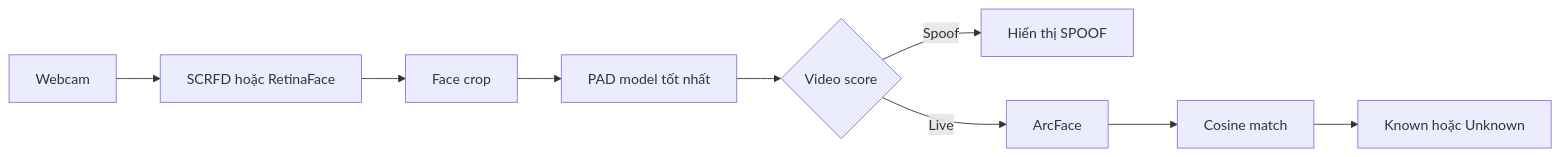
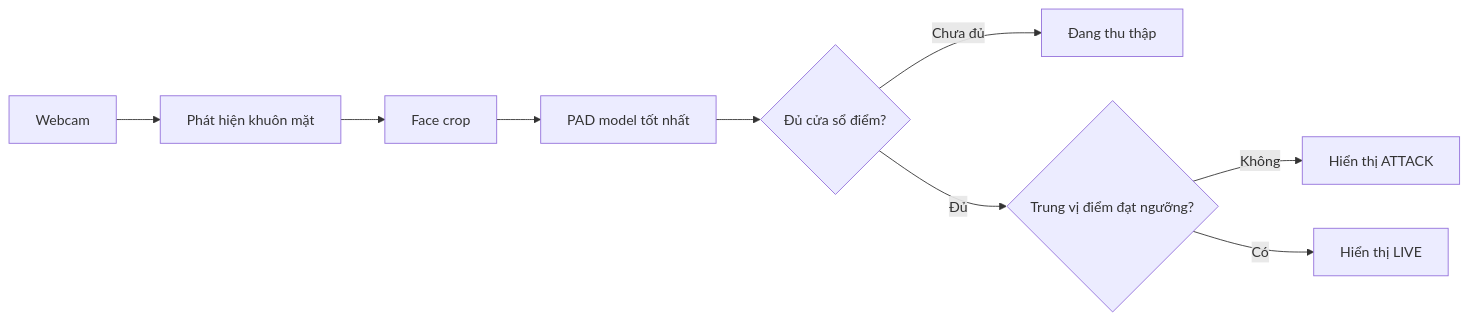
The second of 2 diagrams in DAC_TA_HE_THONG_NHAN_DIEN_KHUON_MAT_PAD_DEPTH_MAP.md (Violetta147/face-recognition-depth-pad), drawn with Mermaid before and after one commit. The commit also changed other lines of this file and 6 other files, not shown here.

````diff
--- a/DAC_TA_HE_THONG_NHAN_DIEN_KHUON_MAT_PAD_DEPTH_MAP.md
+++ b/DAC_TA_HE_THONG_NHAN_DIEN_KHUON_MAT_PAD_DEPTH_MAP.md
@@ -481,11 +481,11 @@
 ```mermaid
 flowchart LR
-    A[Webcam] --> B[SCRFD hoặc RetinaFace]
+    A[Webcam] --> B[Phát hiện khuôn mặt]
     B --> C[Face crop]
     C --> D[PAD model tốt nhất]
-    D --> E{Video score}
-    E -->|Spoof| F[Hiển thị SPOOF]
-    E -->|Live| G[ArcFace]
-    G --> H[Cosine match]
-    H --> I[Known hoặc Unknown]
+    D --> E{Đủ cửa sổ điểm?}
+    E -->|Chưa đủ| J[Đang thu thập]
+    E -->|Đủ| K{Trung vị điểm đạt ngưỡng?}
+    K -->|Không| F[Hiển thị ATTACK]
+    K -->|Có| G[Hiển thị LIVE]
 ```
````
